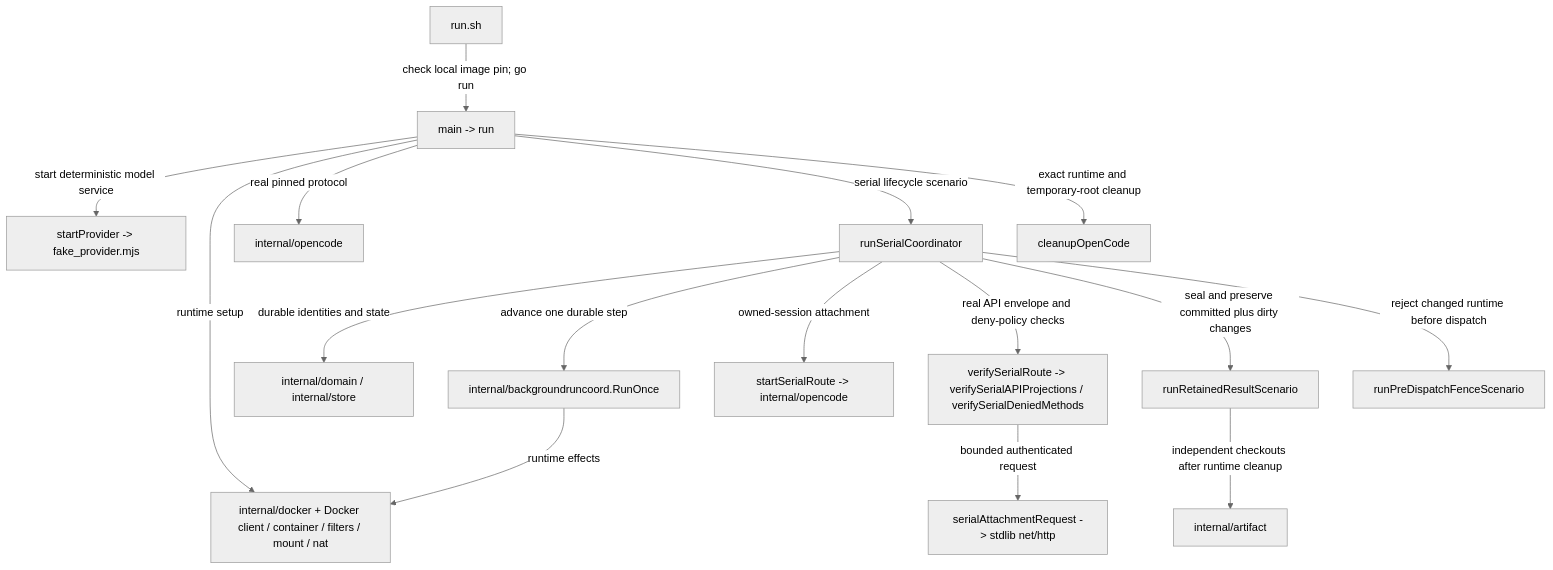
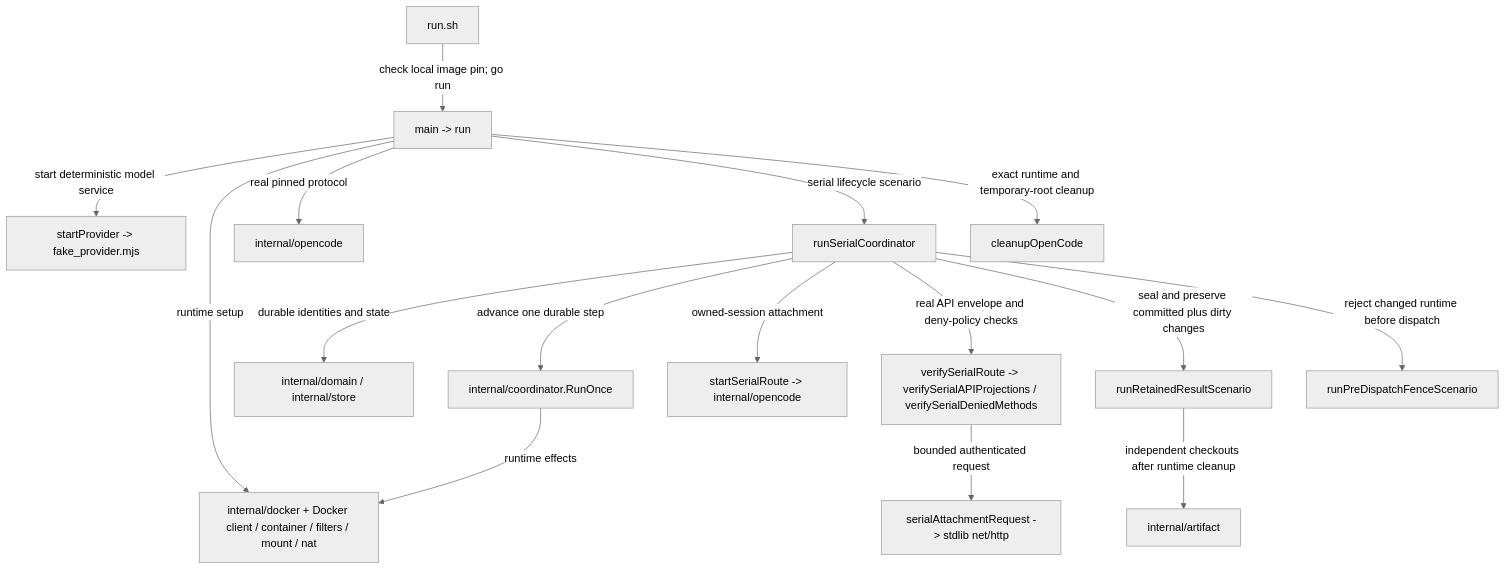
Before and after one commit to nebler/fern: the diagram in integration/background-run-opencode/README.md, drawn with Mermaid (neutral theme). The commit also changed 11 other files, not shown here.

First line of the commit message:
refactor: rename backgroundruncoord to internal/coordinator

````diff
--- a/integration/background-run-opencode/README.md
+++ b/integration/background-run-opencode/README.md
@@ -13,18 +13,18 @@
 ```mermaid
 flowchart TD
   shell["run.sh"] -->|"check local image pin; go run"| main["main -> run"]
   main -->|"start deterministic model service"| start["startProvider -> fake_provider.mjs"]
   main -->|"runtime setup"| provider["internal/docker + Docker client / container / filters / mount / nat"]
   main -->|"real pinned protocol"| protocol["internal/opencode"]
   main -->|"serial lifecycle scenario"| serial["runSerialCoordinator"]
   serial -->|"durable identities and state"| store["internal/domain / internal/store"]
-  serial -->|"advance one durable step"| coord["internal/backgroundruncoord.RunOnce"]
+  serial -->|"advance one durable step"| coord["internal/coordinator.RunOnce"]
   coord -->|"runtime effects"| provider
   serial -->|"owned-session attachment"| route["startSerialRoute -> internal/opencode"]
   serial -->|"real API envelope and deny-policy checks"| attach["verifySerialRoute -> verifySerialAPIProjections / verifySerialDeniedMethods"]
   attach -->|"bounded authenticated request"| req["serialAttachmentRequest -> stdlib net/http"]
   serial -->|"seal and preserve committed plus dirty changes"| retain["runRetainedResultScenario"]
   retain -->|"independent checkouts after runtime cleanup"| artifact["internal/artifact"]
   serial -->|"reject changed runtime before dispatch"| fence["runPreDispatchFenceScenario"]
   main -->|"exact runtime and temporary-root cleanup"| cleanup["cleanupOpenCode"]
 ```
````
